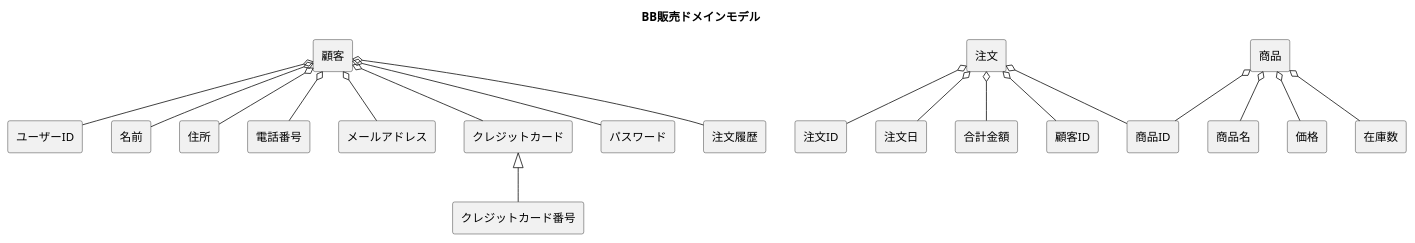
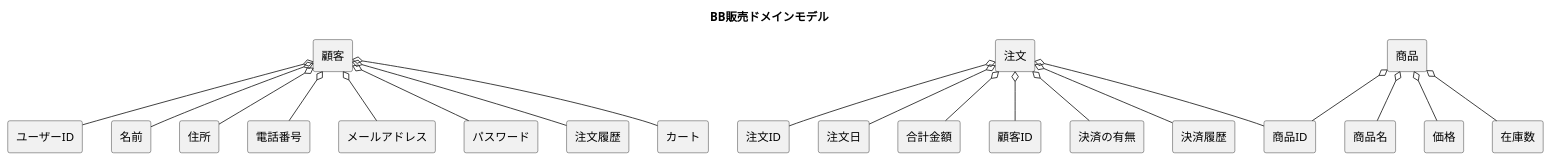
Before and after one commit to FujikawaHirono0520/group3_1_dogdog: the diagram in BB/domain.pu, drawn with PlantUML.

```diff
--- a/BB/domain.pu
+++ b/BB/domain.pu
@@ -1,28 +1,28 @@
 @startuml
 
 title BB販売ドメインモデル
 skinparam componentStyle rectangle
 [顧客] o-- [ユーザーID]
 [顧客] o-- [名前]
 [顧客] o-- [住所]
 [顧客] o-- [電話番号]
 [顧客] o-- [メールアドレス]
-[顧客] o-- [クレジットカード]
 [顧客] o-- [パスワード]
 [顧客] o-- [注文履歴]
-
-[クレジットカード]<|-- [クレジットカード番号]
+[顧客] o-- [カート]
 
 [注文] o-- [注文ID]
 [注文] o-- [注文日]
 [注文] o-- [合計金額]
 [注文] o-- [顧客ID]
 [注文] o-- [商品ID]
+[注文] o-- [決済の有無]
+[注文] o-- [決済履歴]
 
 [商品] o-- [商品ID]
 [商品] o-- [商品名]
 [商品] o-- [価格]
 [商品] o-- [在庫数]
 
 
 @enduml
```
